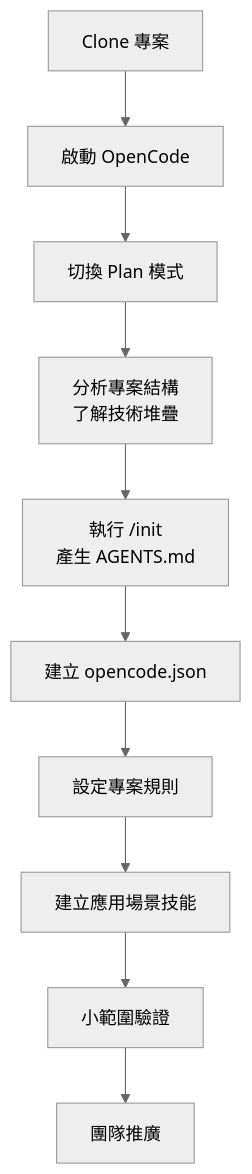
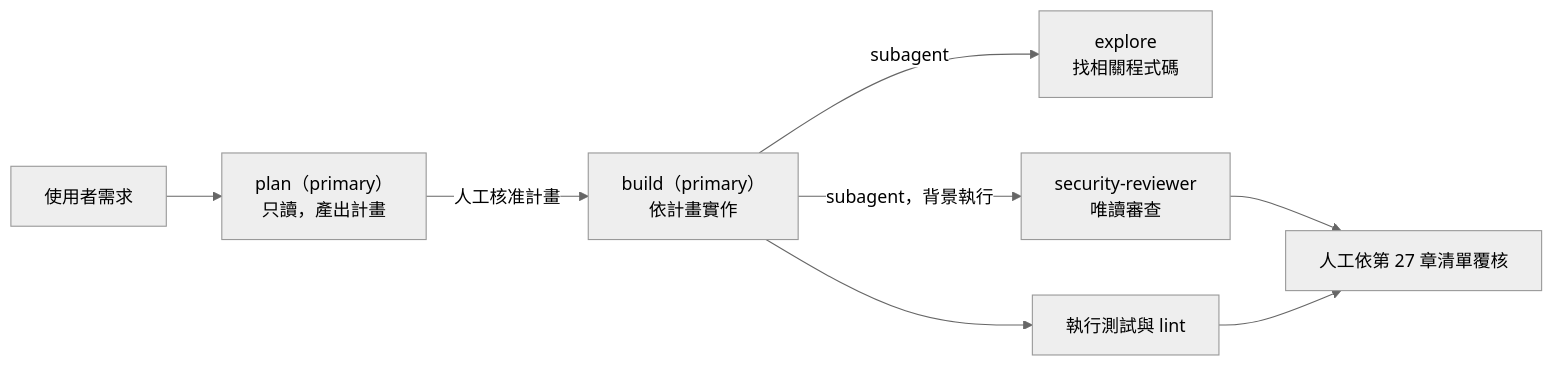
One commit to chihhung/Blog changed the fifth of 13 diagrams in content/posts/教學/AI開發/opencode生態系教學手冊.md. Above: the diagram before and after it, drawn with Mermaid (neutral theme). The commit also changed other lines of this file and 4 other files, not shown here.

````diff
--- a/content/posts/教學/AI開發/opencode生態系教學手冊.md
+++ b/content/posts/教學/AI開發/opencode生態系教學手冊.md
@@ -2156,12 +1595,10 @@
 ```mermaid
-graph TB
-    A["Clone 專案"] --> B["啟動 OpenCode"]
-    B --> C["切換 Plan 模式"]
-    C --> D["分析專案結構<br/>了解技術堆疊"]
-    D --> E["執行 /init<br/>產生 AGENTS.md"]
-    E --> F["建立 opencode.json"]
-    F --> G["設定專案規則"]
-    G --> H["建立應用場景技能"]
-    H --> I["小範圍驗證"]
-    I --> J["團隊推廣"]
+flowchart LR
+    U["使用者需求"] --> P["plan（primary）<br/>只讀，產出計畫"]
+    P -->|"人工核准計畫"| B["build（primary）<br/>依計畫實作"]
+    B -->|"subagent"| E["explore<br/>找相關程式碼"]
+    B -->|"subagent，背景執行"| R["security-reviewer<br/>唯讀審查"]
+    R --> H["人工依第 27 章清單覆核"]
+    B --> T["執行測試與 lint"]
+    T --> H
 ```
````
